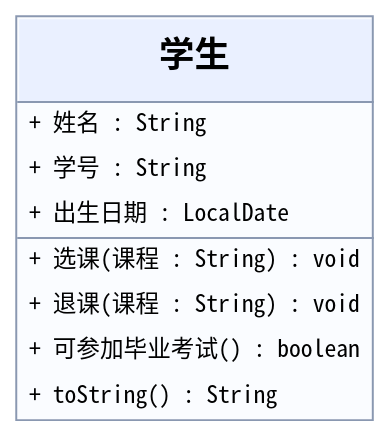
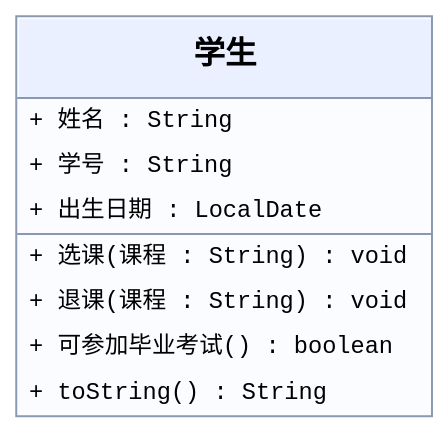
One commit to edetroll/java-oop changed the diagram in content/chapters/02-osztalyok/media/hallgato-zh.dot. Above: the diagram before and after it, drawn with Graphviz. The commit also changed 38 other files, not shown here.

```diff
--- a/content/chapters/02-osztalyok/media/hallgato-zh.dot
+++ b/content/chapters/02-osztalyok/media/hallgato-zh.dot
@@ -1,1 +1,1 @@
-digraph G { graph [bgcolor="transparent",margin=0,pad=0.03]; node [shape=plain]; cl [label=<<TABLE BORDER="1" CELLBORDER="0" CELLSPACING="0" CELLPADDING="3" COLOR="#8a98b1" BGCOLOR="#fafcff"><TR><TD BGCOLOR="#eaf0ff" CELLPADDING="11"><FONT FACE="Noto Sans CJK SC" POINT-SIZE="18"><B>学生</B></FONT></TD></TR><HR/><TR><TD ALIGN="LEFT" BALIGN="LEFT" CELLPADDING="5"><FONT FACE="Noto Sans Mono CJK SC" POINT-SIZE="12">+ 姓名 : String</FONT></TD></TR><TR><TD ALIGN="LEFT" BALIGN="LEFT" CELLPADDING="5"><FONT FACE="Noto Sans Mono CJK SC" POINT-SIZE="12">+ 学号 : String</FONT></TD></TR><TR><TD ALIGN="LEFT" BALIGN="LEFT" CELLPADDING="5"><FONT FACE="Noto Sans Mono CJK SC" POINT-SIZE="12">+ 出生日期 : LocalDate</FONT></TD></TR><HR/><TR><TD ALIGN="LEFT" BALIGN="LEFT" CELLPADDING="5"><FONT FACE="Noto Sans Mono CJK SC" POINT-SIZE="12">+ 选课(课程 : String) : void</FONT></TD></TR><TR><TD ALIGN="LEFT" BALIGN="LEFT" CELLPADDING="5"><FONT FACE="Noto Sans Mono CJK SC" POINT-SIZE="12">+ 退课(课程 : String) : void</FONT></TD></TR><TR><TD ALIGN="LEFT" BALIGN="LEFT" CELLPADDING="5"><FONT FACE="Noto Sans Mono CJK SC" POINT-SIZE="12">+ 可参加毕业考试() : boolean</FONT></TD></TR><TR><TD ALIGN="LEFT" BALIGN="LEFT" CELLPADDING="5"><FONT FACE="Noto Sans Mono CJK SC" POINT-SIZE="12">+ toString() : String</FONT></TD></TR></TABLE>>]; }
+digraph G { graph [bgcolor="transparent",margin=0,pad=0.03]; node [fontname="Liberation Mono",fontsize=12,shape=plain]; cl [label=<<TABLE BORDER="1" CELLBORDER="0" CELLSPACING="0" CELLPADDING="3" COLOR="#8a98b1" BGCOLOR="#fafcff"><TR><TD BGCOLOR="#eaf0ff" CELLPADDING="11"><FONT FACE="Liberation Mono" POINT-SIZE="16"><B>学生</B></FONT></TD></TR><HR/><TR><TD ALIGN="LEFT" BALIGN="LEFT" CELLPADDING="5"><FONT FACE="Liberation Mono" POINT-SIZE="12">+ 姓名 : String</FONT></TD></TR><TR><TD ALIGN="LEFT" BALIGN="LEFT" CELLPADDING="5"><FONT FACE="Liberation Mono" POINT-SIZE="12">+ 学号 : String</FONT></TD></TR><TR><TD ALIGN="LEFT" BALIGN="LEFT" CELLPADDING="5"><FONT FACE="Liberation Mono" POINT-SIZE="12">+ 出生日期 : LocalDate</FONT></TD></TR><HR/><TR><TD ALIGN="LEFT" BALIGN="LEFT" CELLPADDING="5"><FONT FACE="Liberation Mono" POINT-SIZE="12">+ 选课(课程 : String) : void</FONT></TD></TR><TR><TD ALIGN="LEFT" BALIGN="LEFT" CELLPADDING="5"><FONT FACE="Liberation Mono" POINT-SIZE="12">+ 退课(课程 : String) : void</FONT></TD></TR><TR><TD ALIGN="LEFT" BALIGN="LEFT" CELLPADDING="5"><FONT FACE="Liberation Mono" POINT-SIZE="12">+ 可参加毕业考试() : boolean</FONT></TD></TR><TR><TD ALIGN="LEFT" BALIGN="LEFT" CELLPADDING="5"><FONT FACE="Liberation Mono" POINT-SIZE="12">+ toString() : String</FONT></TD></TR></TABLE>>]; }
```
